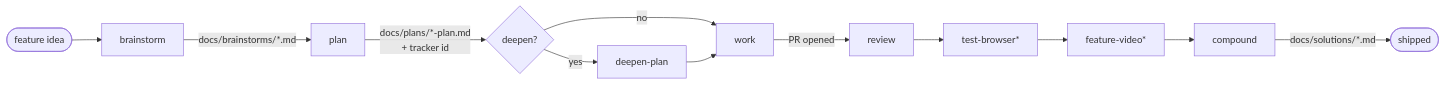
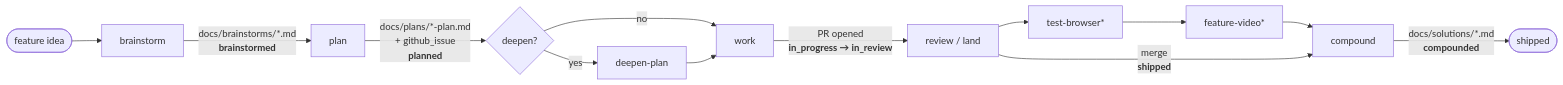
Before and after one commit to Life-With-Data/agentic-engineering: the first of 11 diagrams in plugins/agentic-engineering/FLOWS.md, drawn with Mermaid. The commit also changed other lines of this file and 23 other files, not shown here.

````diff
--- a/plugins/agentic-engineering/FLOWS.md
+++ b/plugins/agentic-engineering/FLOWS.md
@@ -25,14 +25,15 @@
 ```mermaid
 flowchart LR
     idea([feature idea]) --> B["brainstorm"]
-    B -->|"docs/brainstorms/*.md"| P["plan"]
-    P -->|"docs/plans/*-plan.md<br/>+ tracker id"| D{"deepen?"}
+    B -->|"docs/brainstorms/*.md<br/><b>brainstormed</b>"| P["plan"]
+    P -->|"docs/plans/*-plan.md<br/>+ github_issue<br/><b>planned</b>"| D{"deepen?"}
     D -->|yes| DP["deepen-plan"]
     D -->|no| W
     DP --> W["work"]
-    W -->|"PR opened"| R["review"]
+    W -->|"PR opened<br/><b>in_progress → in_review</b>"| R["review / land"]
     R --> TB["test-browser*"]
     TB --> FV["feature-video*"]
     FV --> C["compound"]
-    C -->|"docs/solutions/*.md"| done([shipped])
+    R -->|"merge<br/><b>shipped</b>"| C
+    C -->|"docs/solutions/*.md<br/><b>compounded</b>"| done([shipped])
 ```
````
